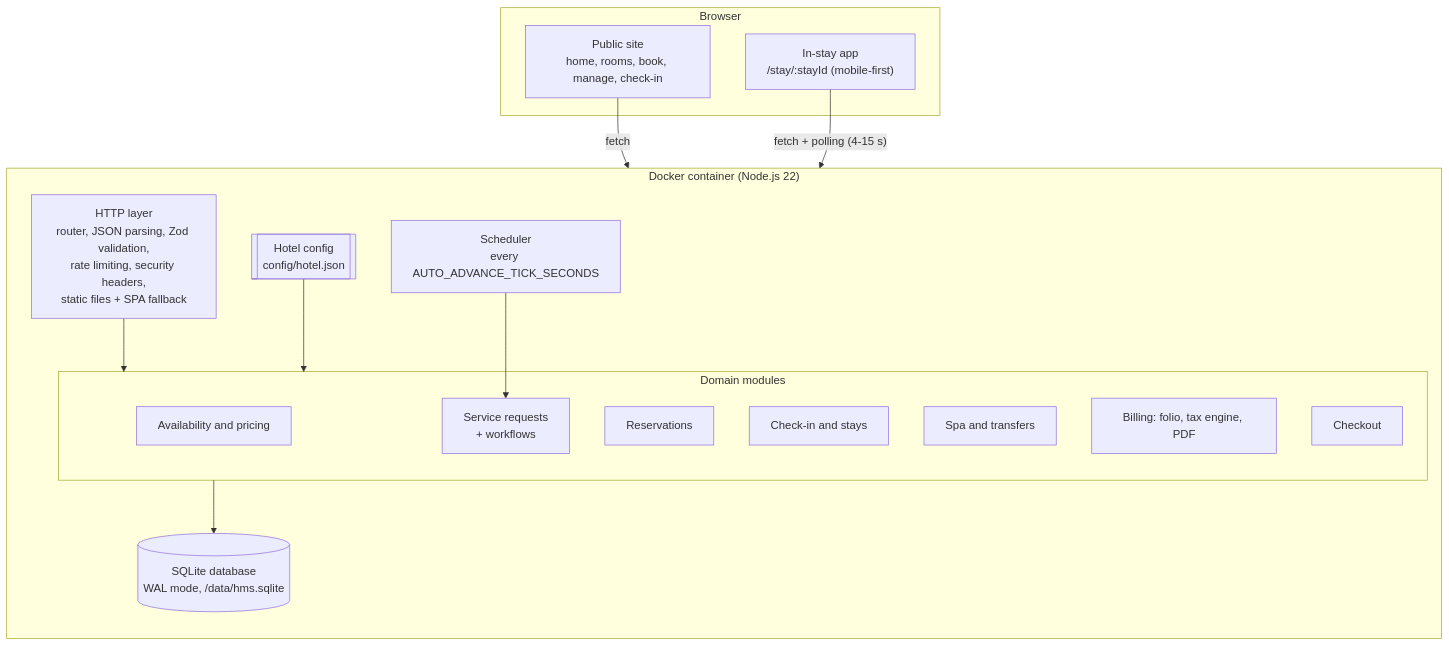
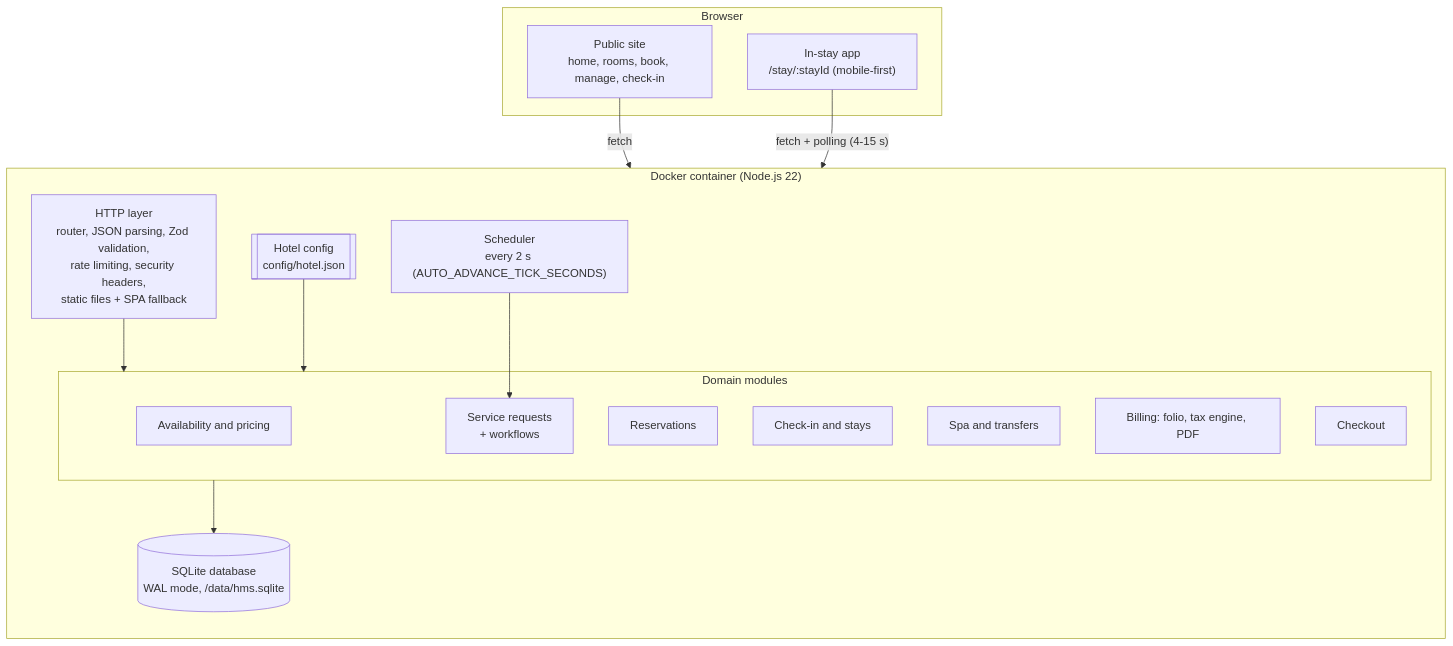
Before and after one commit to pRiMeXoMeGa/white-label-hms: the second of 4 diagrams in docs/01-high-level-design.md, drawn with Mermaid. The commit also changed other lines of this file and 11 other files, not shown here.

First line of the commit message:
Make 10 seconds the default auto-progress timer everywhere

````diff
--- a/docs/01-high-level-design.md
+++ b/docs/01-high-level-design.md
@@ -46,31 +46,31 @@
 ```mermaid
 flowchart TB
   subgraph Browser
     Site["Public site<br/>home, rooms, book, manage, check-in"]
     StayApp["In-stay app<br/>/stay/:stayId (mobile-first)"]
   end
 
   subgraph Container["Docker container (Node.js 22)"]
     direction TB
     HTTP["HTTP layer<br/>router, JSON parsing, Zod validation,<br/>rate limiting, security headers,<br/>static files + SPA fallback"]
     subgraph Domain["Domain modules"]
       Avail[Availability and pricing]
       Res[Reservations]
       Stays[Check-in and stays]
       Req[Service requests<br/>+ workflows]
       Sched2[Spa and transfers]
       Bill[Billing: folio, tax engine, PDF]
       Out[Checkout]
     end
-    Sched["Scheduler<br/>every AUTO_ADVANCE_TICK_SECONDS"]
+    Sched["Scheduler<br/>every 2 s (AUTO_ADVANCE_TICK_SECONDS)"]
     Cfg[["Hotel config<br/>config/hotel.json"]]
     DB[("SQLite database<br/>WAL mode, /data/hms.sqlite")]
   end
 
   Site -->|fetch| HTTP
   StayApp -->|"fetch + polling (4-15 s)"| HTTP
   HTTP --> Domain
   Sched --> Req
   Domain --> DB
   Cfg --> Domain
 ```
````
